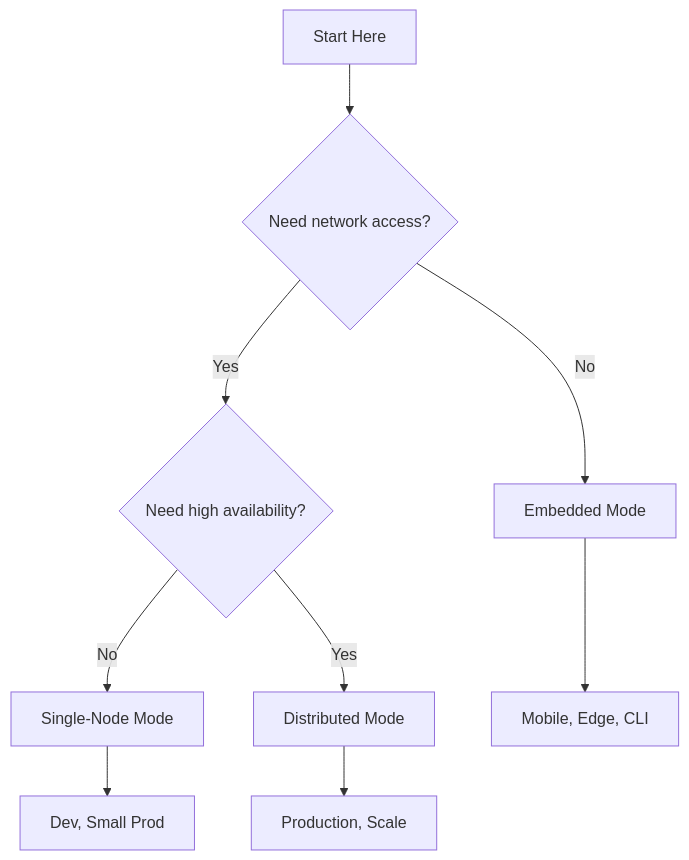
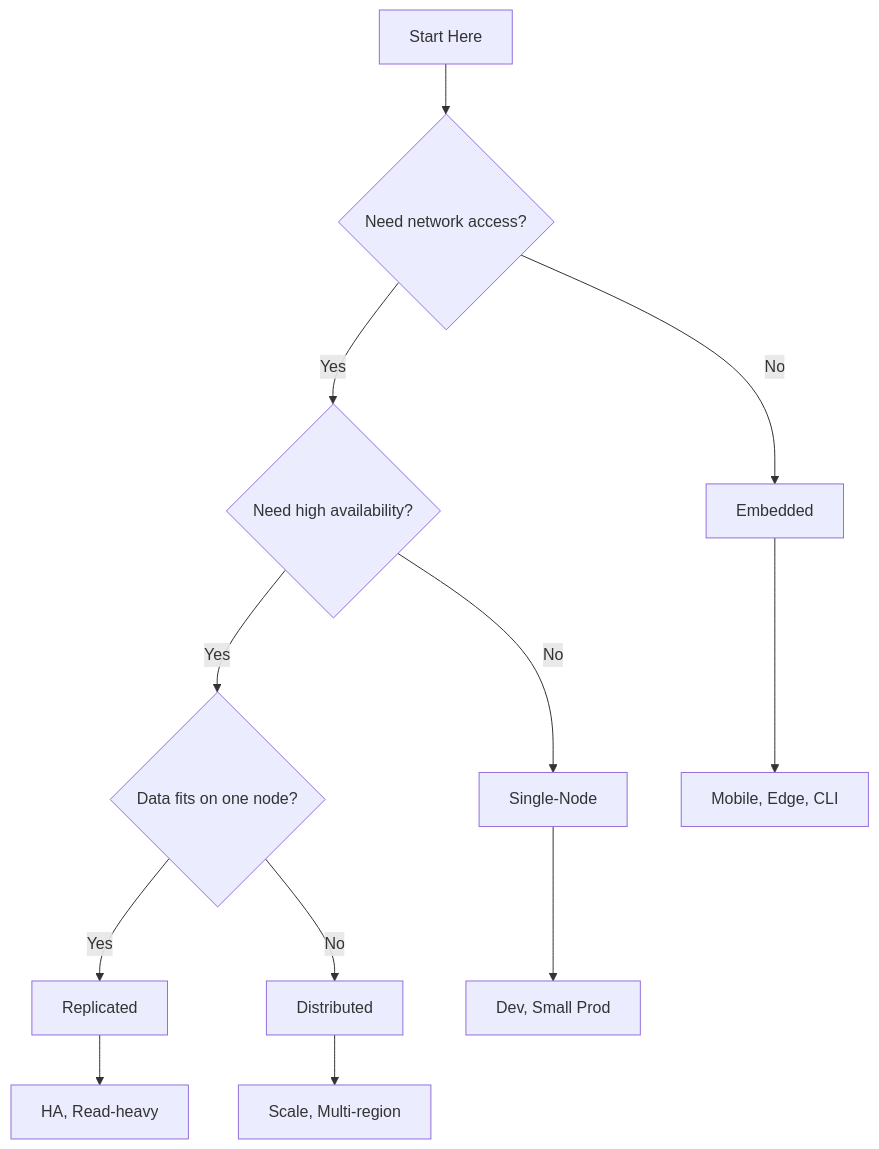
Before and after one commit to alopex-db/alopex-db.github.io: the eighth of 8 diagrams in docs/concepts/modes.md, drawn with Mermaid. The commit also changed other lines of this file and 3 other files, not shown here.

````diff
--- a/docs/concepts/modes.md
+++ b/docs/concepts/modes.md
@@ -245,12 +413,15 @@
 ```mermaid
 graph TD
     START[Start Here] --> Q1{Need network access?}
-    Q1 -->|No| EMBEDDED[Embedded Mode]
+    Q1 -->|No| EMBEDDED[Embedded]
     Q1 -->|Yes| Q2{Need high availability?}
-    Q2 -->|No| SINGLE[Single-Node Mode]
-    Q2 -->|Yes| DIST[Distributed Mode]
+    Q2 -->|No| SINGLE[Single-Node]
+    Q2 -->|Yes| Q3{Data fits on one node?}
+    Q3 -->|Yes| REPLICATED[Replicated]
+    Q3 -->|No| DISTRIBUTED[Distributed]
 
     EMBEDDED --> USE1[Mobile, Edge, CLI]
     SINGLE --> USE2[Dev, Small Prod]
-    DIST --> USE3[Production, Scale]
+    REPLICATED --> USE3[HA, Read-heavy]
+    DISTRIBUTED --> USE4[Scale, Multi-region]
 ```
````
